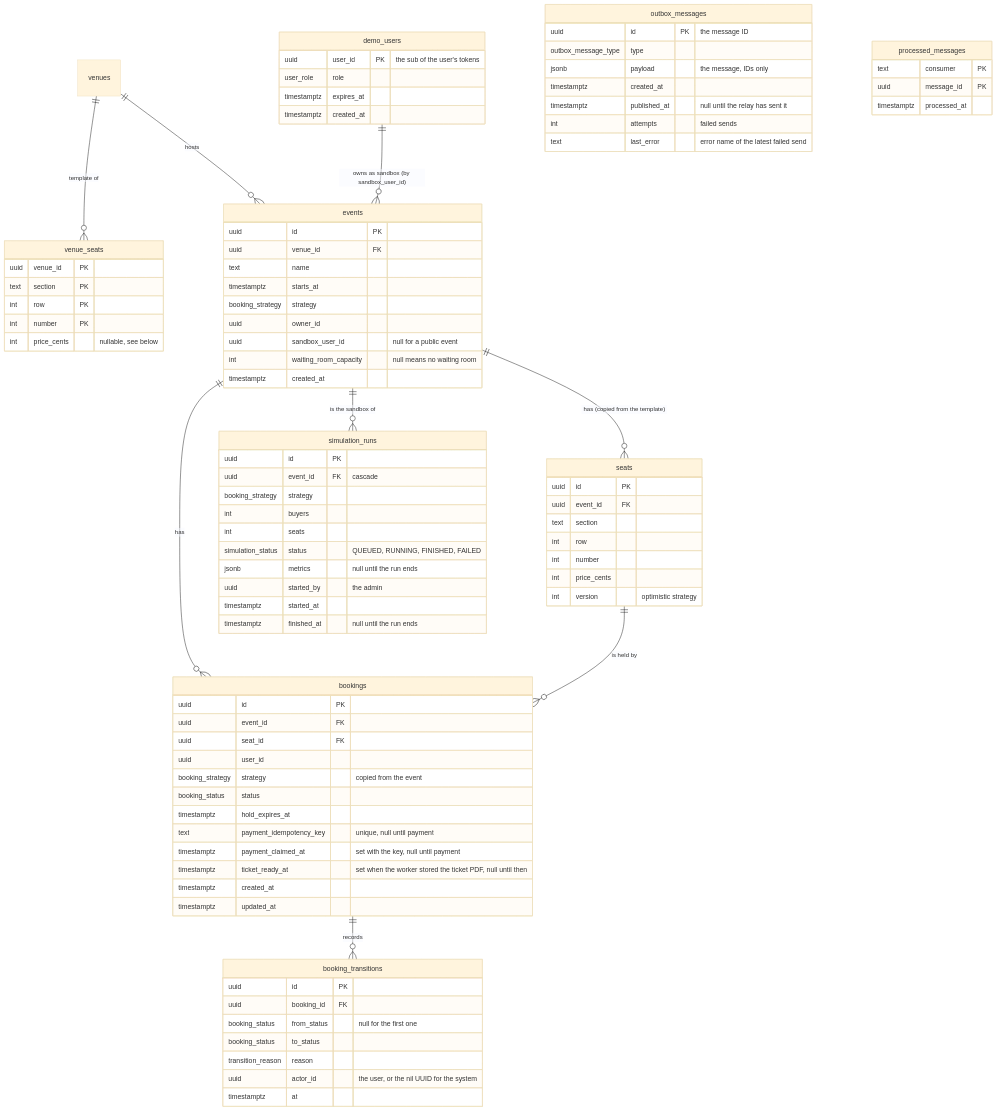
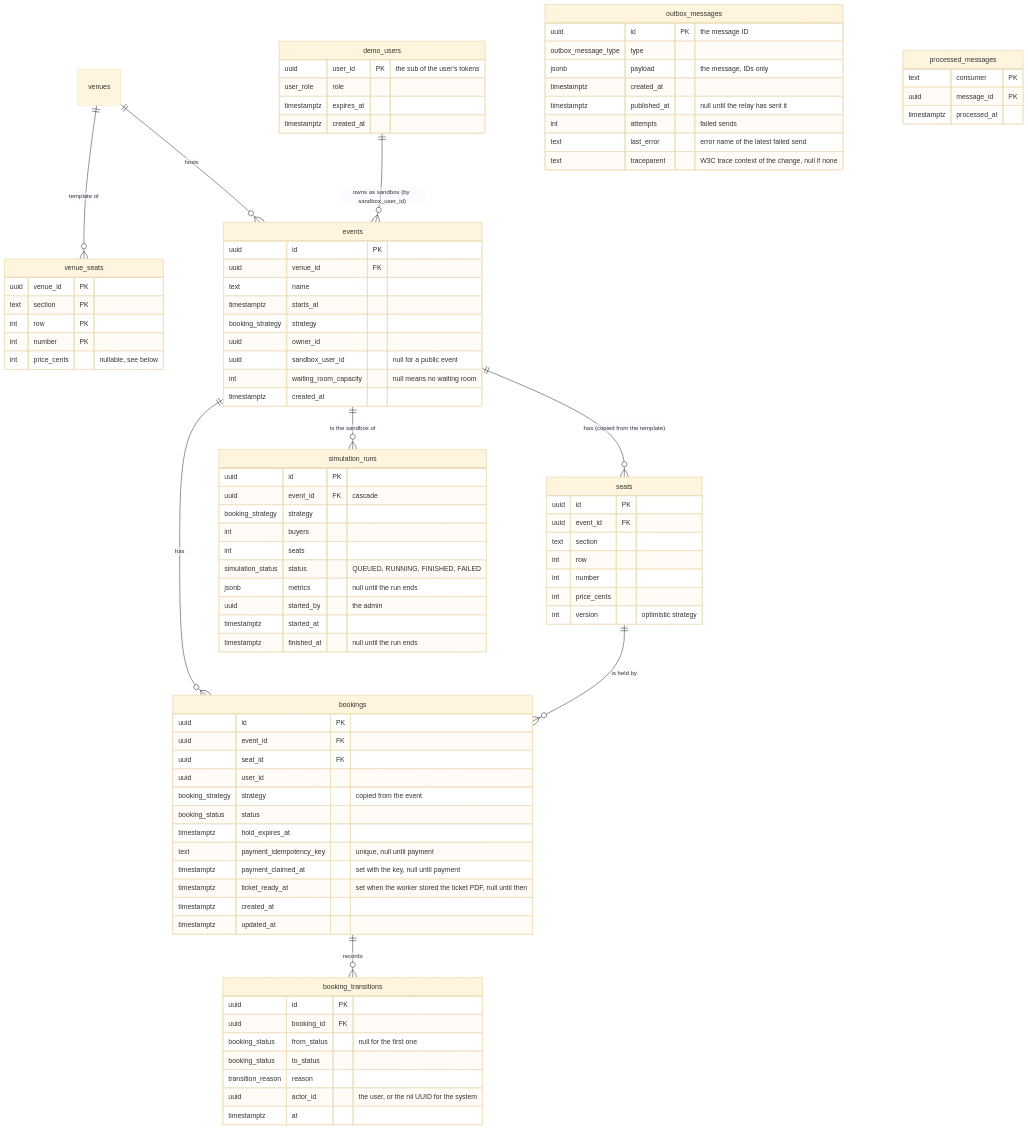
The first of 2 diagrams in docs/data-model.md (oguzbits/ticketmaster), drawn with Mermaid (base theme) before and after one commit. The commit also changed other lines of this file and 15 other files, not shown here.

First line of the commit message:
feat(outbox): carry the trace context through the queue [braucht Live-Migration]

```diff
--- a/docs/data-model.md
+++ b/docs/data-model.md
@@ -94,6 +94,7 @@
         timestamptz published_at "null until the relay has sent it"
         int attempts "failed sends"
         text last_error "error name of the latest failed send"
+        text traceparent "W3C trace context of the change, null if none"
     }
     processed_messages {
         text consumer PK
```
